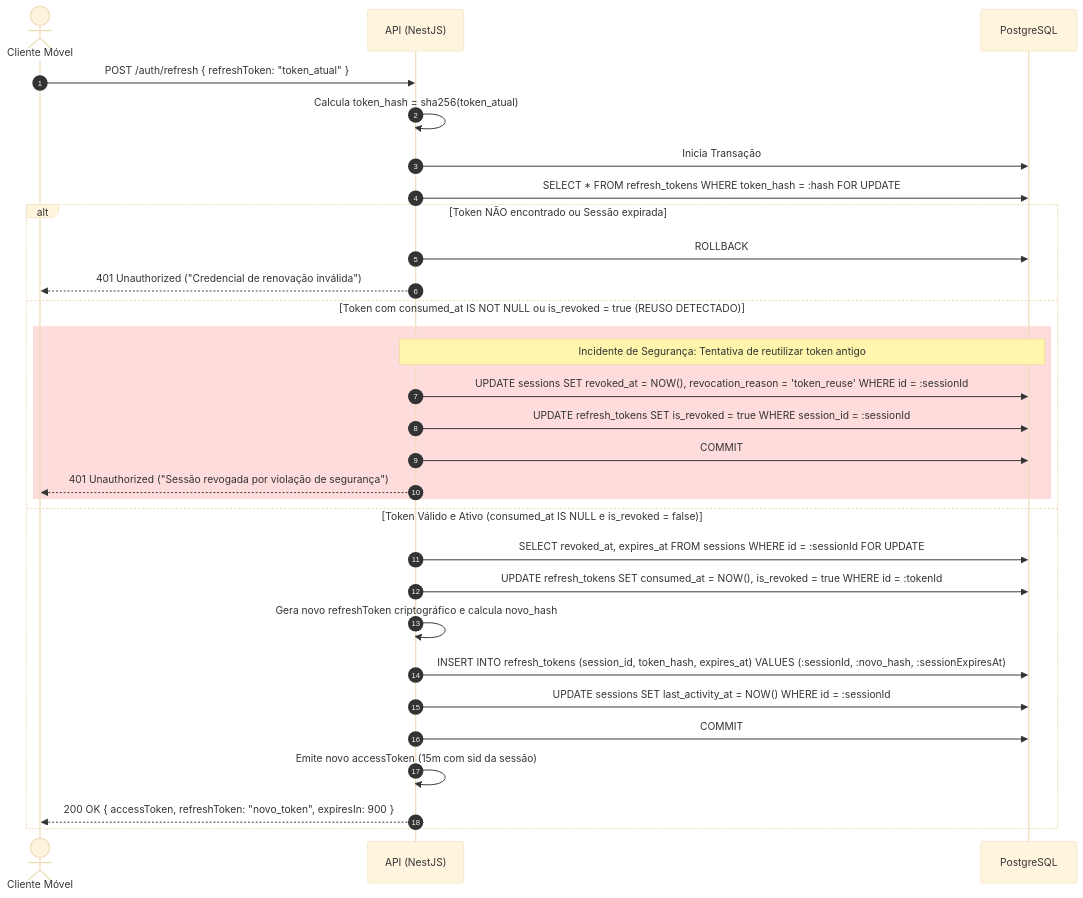
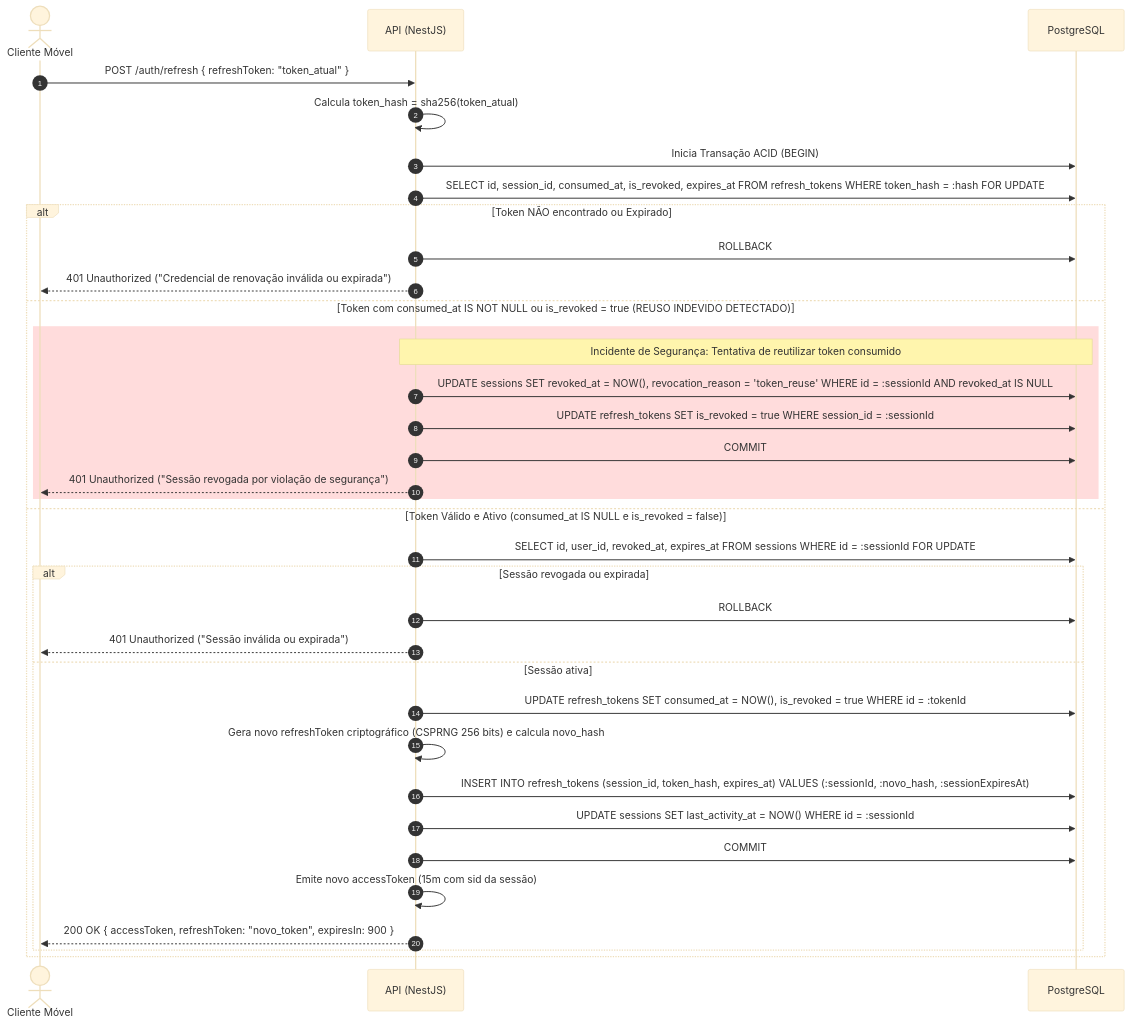
One commit to JaviDansen/ArenaGo changed the fourth of 6 diagrams in docs/task-6.1-arquitetura-backend.md. Above: the diagram before and after it, drawn with Mermaid (base theme). The commit also changed other lines of this file, not shown here.

````diff
--- a/docs/task-6.1-arquitetura-backend.md
+++ b/docs/task-6.1-arquitetura-backend.md
@@ -727,34 +752,39 @@
 ```mermaid
 sequenceDiagram
     autonumber
     actor Client as Cliente Móvel
     participant API as API (NestJS)
     participant DB as PostgreSQL
 
     Client->>API: POST /auth/refresh { refreshToken: "token_atual" }
     API->>API: Calcula token_hash = sha256(token_atual)
-    API->>DB: Inicia Transação
-    API->>DB: SELECT * FROM refresh_tokens WHERE token_hash = :hash FOR UPDATE
+    API->>DB: Inicia Transação ACID (BEGIN)
+    API->>DB: SELECT id, session_id, consumed_at, is_revoked, expires_at FROM refresh_tokens WHERE token_hash = :hash FOR UPDATE
 
-    alt Token NÃO encontrado ou Sessão expirada
+    alt Token NÃO encontrado ou Expirado
         API->>DB: ROLLBACK
-        API-->>Client: 401 Unauthorized ("Credencial de renovação inválida")
-    else Token com consumed_at IS NOT NULL ou is_revoked = true (REUSO DETECTADO)
+        API-->>Client: 401 Unauthorized ("Credencial de renovação inválida ou expirada")
+    else Token com consumed_at IS NOT NULL ou is_revoked = true (REUSO INDEVIDO DETECTADO)
         rect rgb(255, 220, 220)
-        Note over API,DB: Incidente de Segurança: Tentativa de reutilizar token antigo
-        API->>DB: UPDATE sessions SET revoked_at = NOW(), revocation_reason = 'token_reuse' WHERE id = :sessionId
+        Note over API,DB: Incidente de Segurança: Tentativa de reutilizar token consumido
+        API->>DB: UPDATE sessions SET revoked_at = NOW(), revocation_reason = 'token_reuse' WHERE id = :sessionId AND revoked_at IS NULL
         API->>DB: UPDATE refresh_tokens SET is_revoked = true WHERE session_id = :sessionId
         API->>DB: COMMIT
         API-->>Client: 401 Unauthorized ("Sessão revogada por violação de segurança")
         end
     else Token Válido e Ativo (consumed_at IS NULL e is_revoked = false)
-        API->>DB: SELECT revoked_at, expires_at FROM sessions WHERE id = :sessionId FOR UPDATE
-        API->>DB: UPDATE refresh_tokens SET consumed_at = NOW(), is_revoked = true WHERE id = :tokenId
-        API->>API: Gera novo refreshToken criptográfico e calcula novo_hash
-        API->>DB: INSERT INTO refresh_tokens (session_id, token_hash, expires_at) VALUES (:sessionId, :novo_hash, :sessionExpiresAt)
-        API->>DB: UPDATE sessions SET last_activity_at = NOW() WHERE id = :sessionId
-        API->>DB: COMMIT
-        API->>API: Emite novo accessToken (15m com sid da sessão)
-        API-->>Client: 200 OK { accessToken, refreshToken: "novo_token", expiresIn: 900 }
+        API->>DB: SELECT id, user_id, revoked_at, expires_at FROM sessions WHERE id = :sessionId FOR UPDATE
+        alt Sessão revogada ou expirada
+            API->>DB: ROLLBACK
+            API-->>Client: 401 Unauthorized ("Sessão inválida ou expirada")
+        else Sessão ativa
+            API->>DB: UPDATE refresh_tokens SET consumed_at = NOW(), is_revoked = true WHERE id = :tokenId
+            API->>API: Gera novo refreshToken criptográfico (CSPRNG 256 bits) e calcula novo_hash
+            API->>DB: INSERT INTO refresh_tokens (session_id, token_hash, expires_at) VALUES (:sessionId, :novo_hash, :sessionExpiresAt)
+            API->>DB: UPDATE sessions SET last_activity_at = NOW() WHERE id = :sessionId
+            API->>DB: COMMIT
+            API->>API: Emite novo accessToken (15m com sid da sessão)
+            API-->>Client: 200 OK { accessToken, refreshToken: "novo_token", expiresIn: 900 }
+        end
     end
 ```
````
